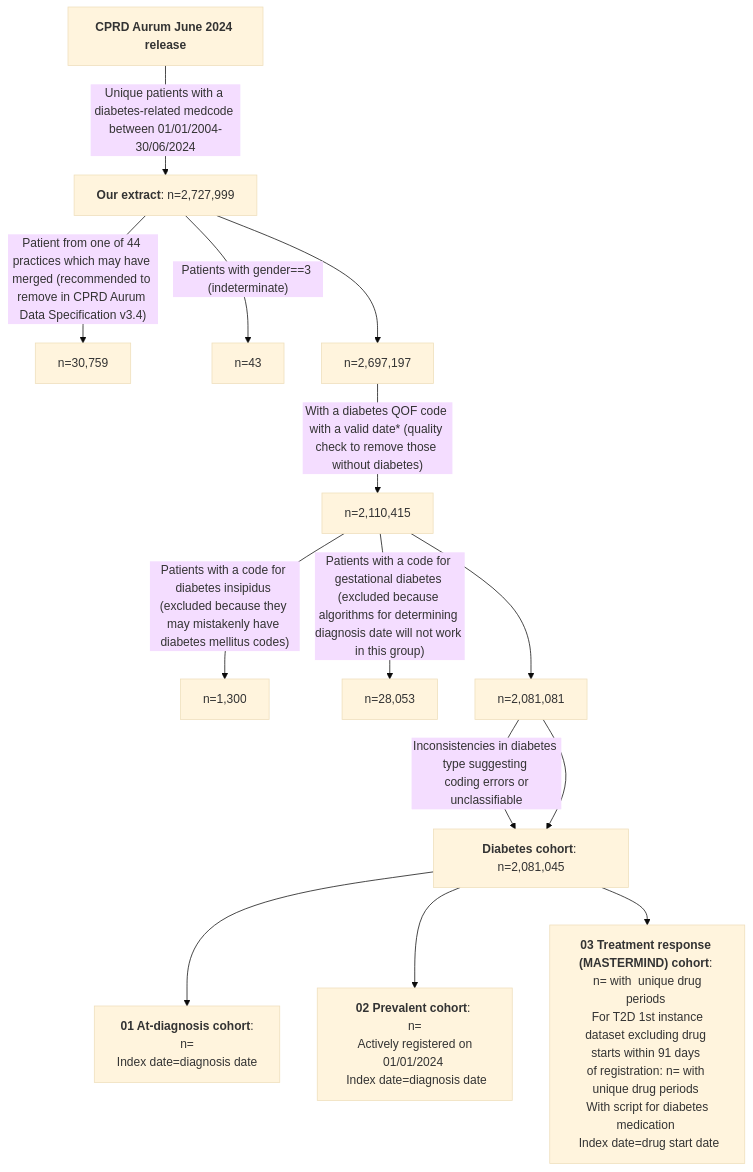
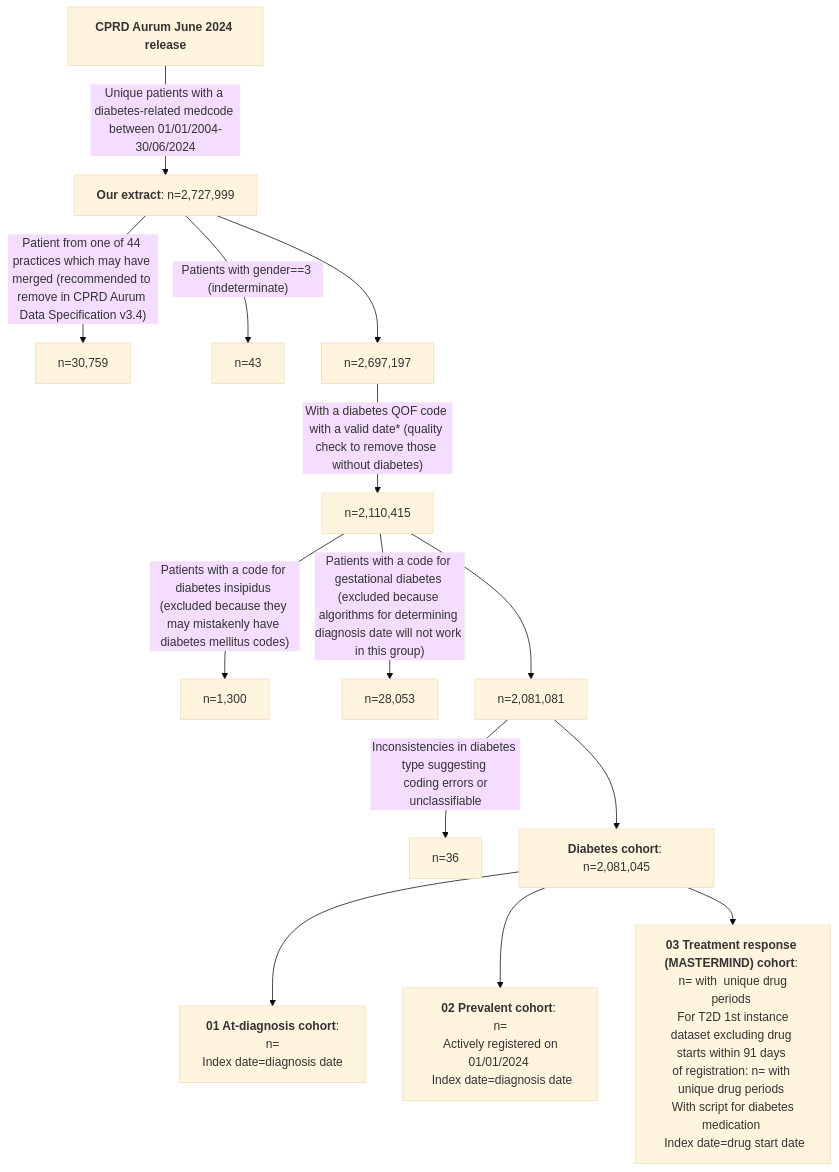
One commit to Exeter-Diabetes/CPRD-Cohort-scripts changed the first of 2 diagrams in README.md. Above: the diagram before and after it, drawn with Mermaid (base theme).

````diff
--- a/README.md
+++ b/README.md
@@ -12,16 +12,16 @@
 ```mermaid
 graph TD;
     A["<b>CPRD Aurum June 2024 release</b>"] --> |"Unique patients with a diabetes-related medcode between 01/01/2004-30/06/2024"| B["<b>Our extract</b>: n=2,727,999"]
     B -->|"Patient from one of 44 practices which may have merged (recommended to remove in CPRD Aurum Data Specification v3.4)"|C["n=30,759"]
     B -->|"Patients with gender==3 (indeterminate)"|D["n=43"]
     B --> E["n=2,697,197"]
     E -->|"With a diabetes QOF code with a valid date* (quality check to remove those without diabetes)"|F["n=2,110,415"]
     F -->|"Patients with a code for diabetes insipidus (excluded because they may mistakenly have diabetes mellitus codes)"|G["n=1,300"]
     F -->|"Patients with a code for gestational diabetes (excluded because algorithms for determining diagnosis date will not work in this group)"|H["n=28,053"]
     F --> I["n=2,081,081"]
-    I --> |"Inconsistencies in diabetes type suggesting <br> coding errors or unclassifiable"|K["n=36"]
+    I --> |"Inconsistencies in diabetes type suggesting <br> coding errors or unclassifiable"|J["n=36"]
     I --> K["<b>Diabetes cohort</b>: n=2,081,045"]
     K --> L["<b>01 At-diagnosis cohort</b>: <br> n= <br> Index date=diagnosis date"]
     K --> M["<b>02 Prevalent cohort</b>: <br> n= <br> Actively registered on 01/01/2024 <br> Index date=diagnosis date"]
     K --> N["<b>03 Treatment response (MASTERMIND) cohort</b>: <br> n= with  unique drug periods <br> For T2D 1st instance dataset excluding drug starts within 91 days <br> of registration: n= with  unique drug periods <br> With script for diabetes medication <br> Index date=drug start date"]
 ```
````
